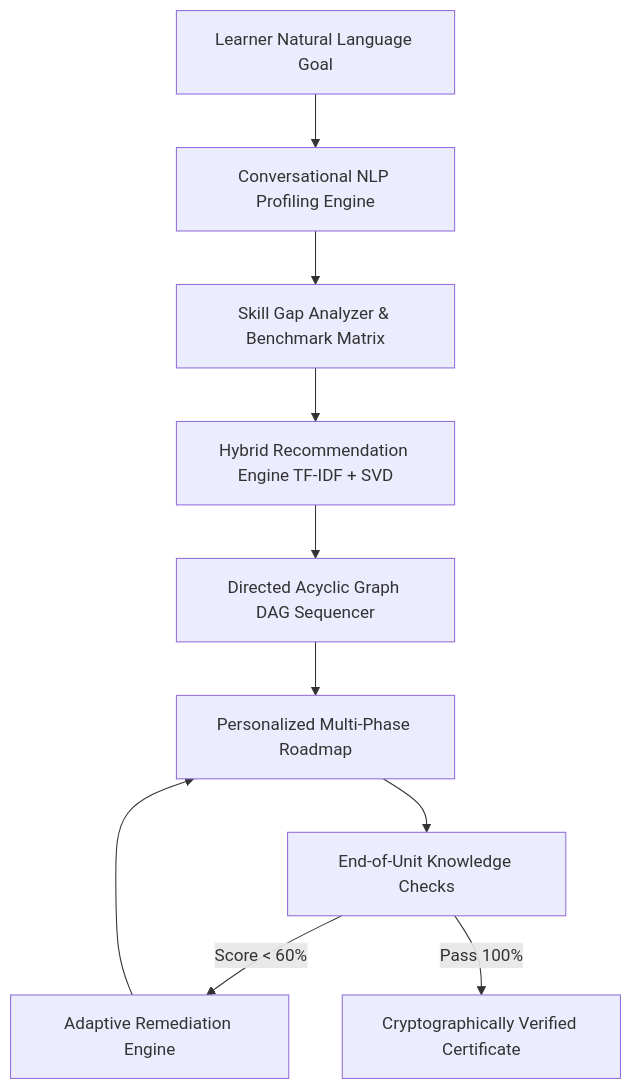
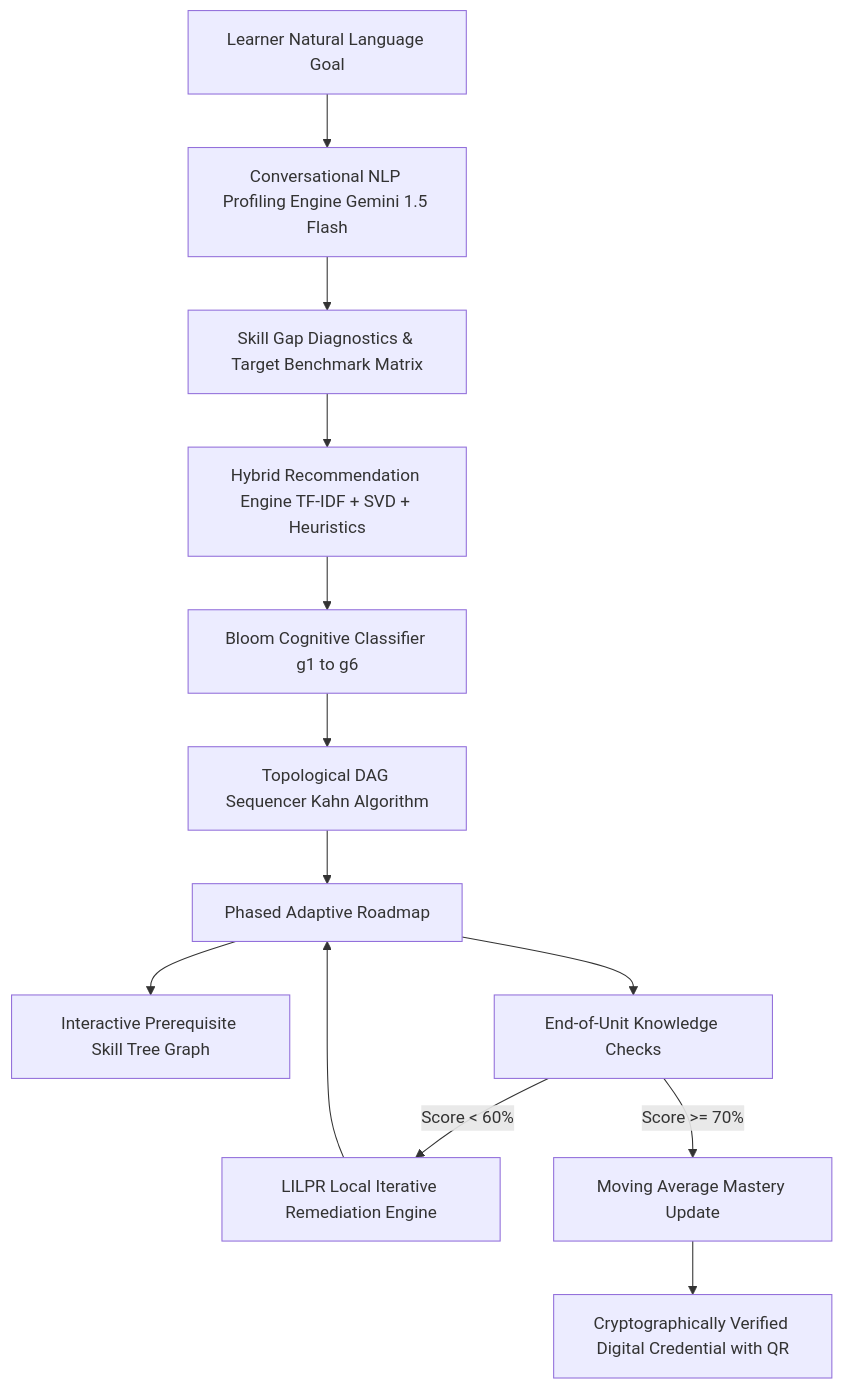
One commit to sah-aditya/PathMind-AI changed the diagram in SOLUTION_DOCUMENTATION.md. Above: the diagram before and after it, drawn with Mermaid. The commit also changed other lines of this file and 7 other files, not shown here.

````diff
--- a/SOLUTION_DOCUMENTATION.md
+++ b/SOLUTION_DOCUMENTATION.md
@@ -19,12 +19,15 @@
 ```mermaid
 graph TD
-    A[Learner Natural Language Goal] --> B[Conversational NLP Profiling Engine]
-    B --> C[Skill Gap Analyzer & Benchmark Matrix]
-    C --> D[Hybrid Recommendation Engine TF-IDF + SVD]
-    D --> E[Directed Acyclic Graph DAG Sequencer]
-    E --> F[Personalized Multi-Phase Roadmap]
-    F --> G[End-of-Unit Knowledge Checks]
-    G -->|Score < 60%| H[Adaptive Remediation Engine]
-    H --> F
-    G -->|Pass 100%| I[Cryptographically Verified Certificate]
+    A[Learner Natural Language Goal] --> B[Conversational NLP Profiling Engine Gemini 1.5 Flash]
+    B --> C[Skill Gap Diagnostics & Target Benchmark Matrix]
+    C --> D[Hybrid Recommendation Engine TF-IDF + SVD + Heuristics]
+    D --> E[Bloom Cognitive Classifier g1 to g6]
+    E --> F[Topological DAG Sequencer Kahn Algorithm]
+    F --> G[Phased Adaptive Roadmap]
+    G --> H[Interactive Prerequisite Skill Tree Graph]
+    G --> I[End-of-Unit Knowledge Checks]
+    I -->|Score < 60%| J[LILPR Local Iterative Remediation Engine]
+    J --> G
+    I -->|Score >= 70%| K[Moving Average Mastery Update]
+    K --> L[Cryptographically Verified Digital Credential with QR]
 ```
````
